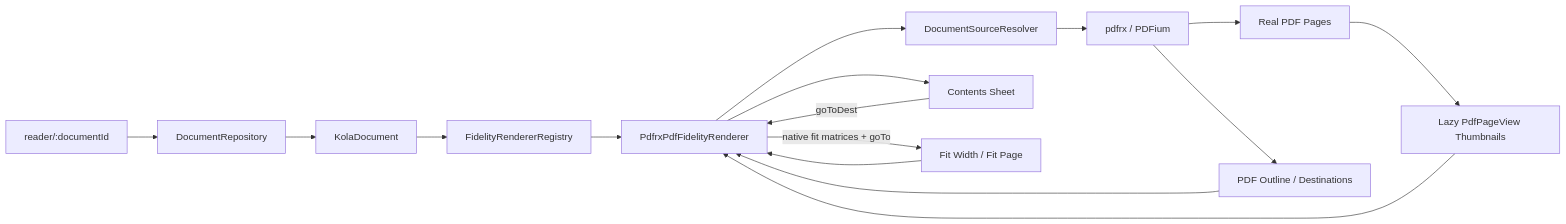
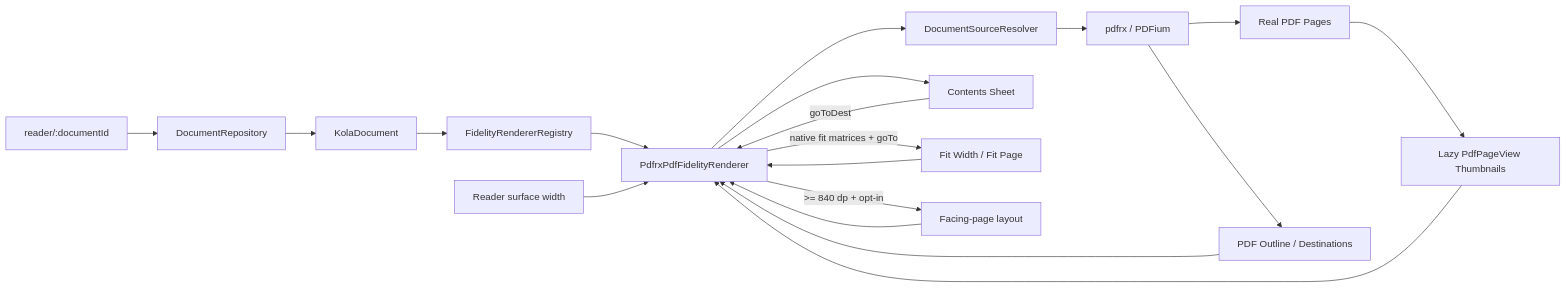
Before and after one commit to aaditya140103/kola: the third of 17 diagrams in docs/PROJECT_GRAPH.md, drawn with Mermaid. The commit also changed other lines of this file and 4 other files, not shown here.

Commit message:
Add adaptive PDF two-page spread

````diff
--- a/docs/PROJECT_GRAPH.md
+++ b/docs/PROJECT_GRAPH.md
@@ -52,21 +52,25 @@
 ```mermaid
 flowchart LR
     Route[reader/:documentId]
     Repo[DocumentRepository]
     Doc[KolaDocument]
     Fidelity[FidelityRendererRegistry]
     Resolver[DocumentSourceResolver]
     View[PdfrxPdfFidelityRenderer]
     PDFium[pdfrx / PDFium]
     Pages[Real PDF Pages]
     Outline[PDF Outline / Destinations]
     Contents[Contents Sheet]
     Thumbs[Lazy PdfPageView Thumbnails]
     Fit[Fit Width / Fit Page]
+    Adaptive[Reader surface width]
+    Spread[Facing-page layout]
 
     Route --> Repo --> Doc --> Fidelity --> View --> Resolver --> PDFium --> Pages
     PDFium --> Outline --> View --> Contents
     Contents -- goToDest --> View
     Pages --> Thumbs --> View
     View -- native fit matrices + goTo --> Fit --> View
+    Adaptive --> View
+    View -- >= 840 dp + opt-in --> Spread --> View
 ```
````
